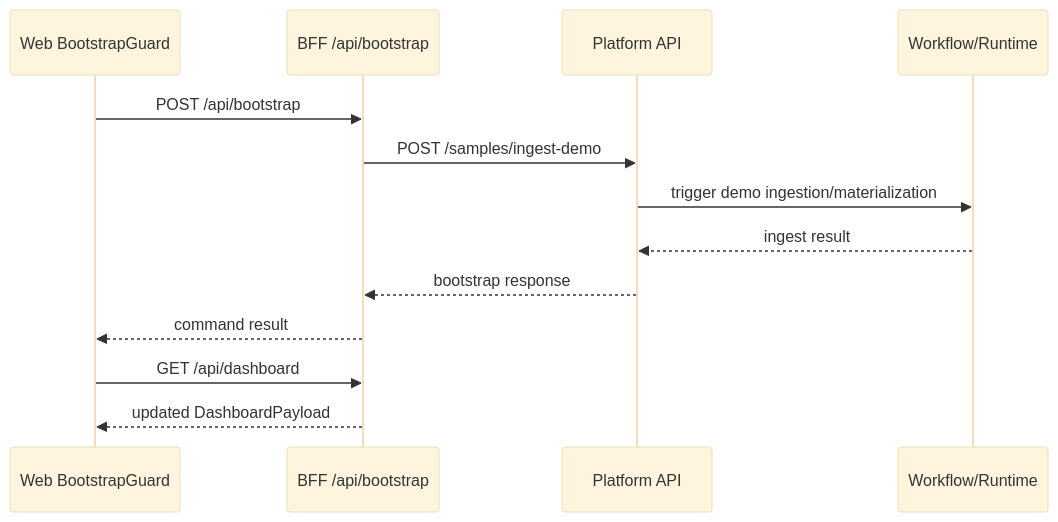
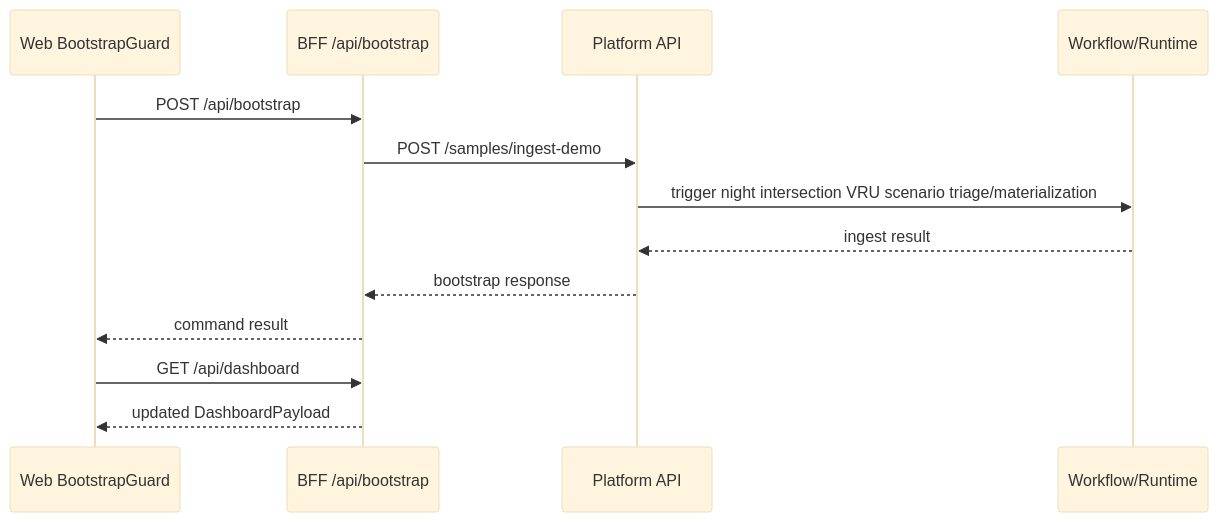
One commit to gray-cgm/ai-native-data-engine changed the second of 6 diagrams in docs/prd/ui-page-flows-and-platform-interactions.md. Above: the diagram before and after it, drawn with Mermaid (base theme). The commit also changed other lines of this file and 44 other files, not shown here.

````diff
--- a/docs/prd/ui-page-flows-and-platform-interactions.md
+++ b/docs/prd/ui-page-flows-and-platform-interactions.md
@@ -1225,16 +1225,16 @@
 ```mermaid
 sequenceDiagram
     participant W as Web BootstrapGuard
     participant B as BFF /api/bootstrap
     participant P as Platform API
     participant R as Workflow/Runtime
 
     W->>B: POST /api/bootstrap
     B->>P: POST /samples/ingest-demo
-    P->>R: trigger demo ingestion/materialization
+    P->>R: trigger night intersection VRU scenario triage/materialization
     R-->>P: ingest result
     P-->>B: bootstrap response
     B-->>W: command result
     W->>B: GET /api/dashboard
     B-->>W: updated DashboardPayload
 ```
````
